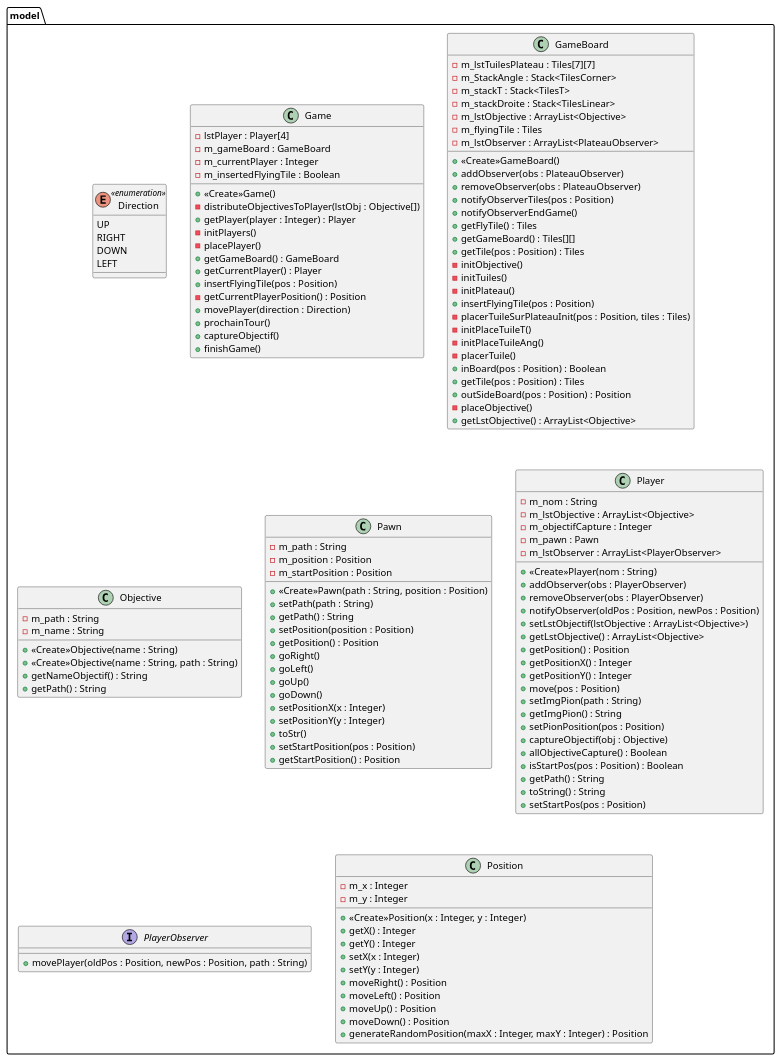
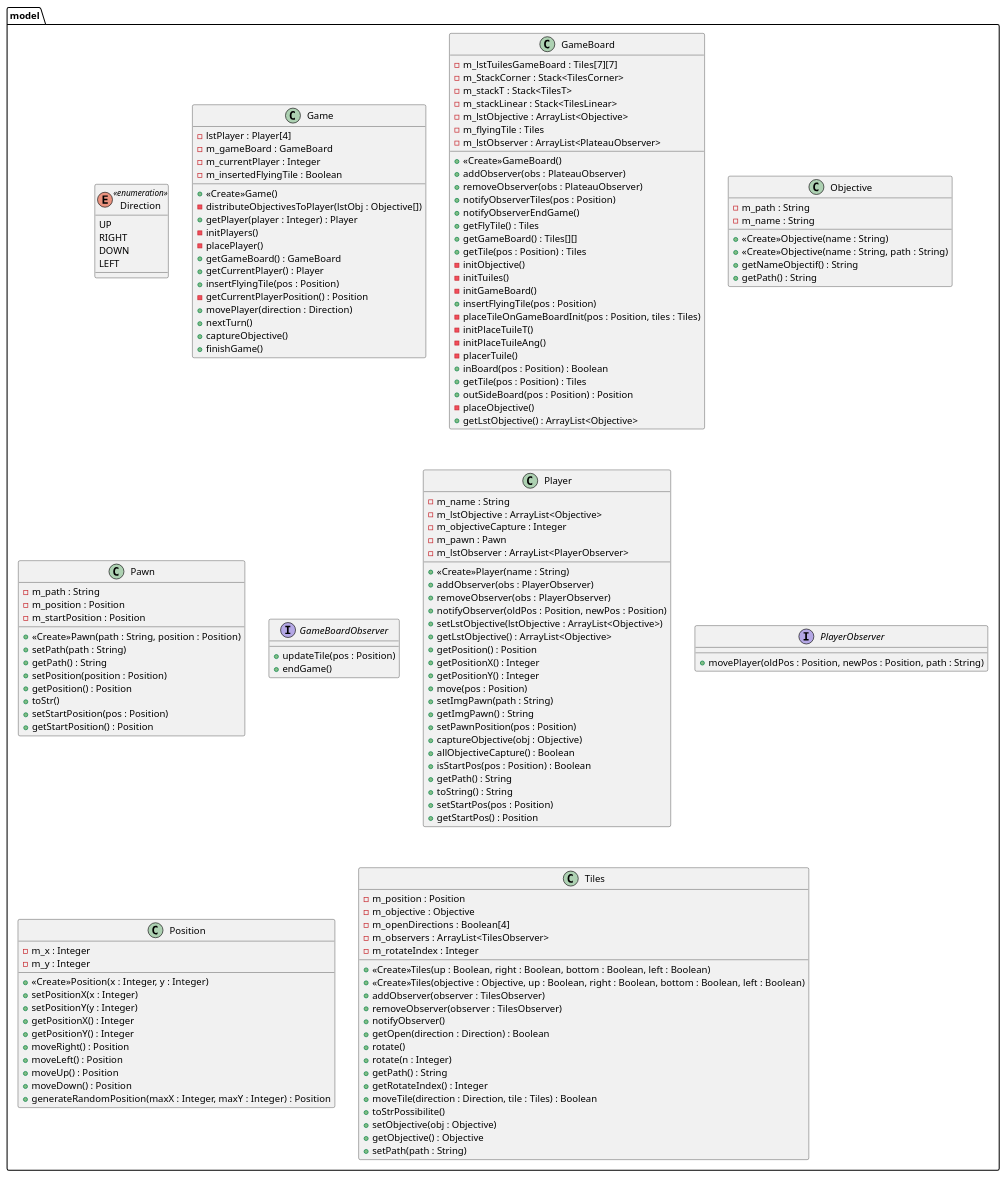
The diagram in UML/rendu2.puml (alexandreCouton/projet_Labyrinthe), drawn with PlantUML before and after one commit. The commit also changed 6 other files, not shown here.

Commit message:
renommage + uml

```diff
--- a/UML/rendu2.puml
+++ b/UML/rendu2.puml
@@ -1,150 +1,174 @@
 @startuml
 
 package model{
 
     enum Direction << enumeration >> {
         UP
         RIGHT
         DOWN
         LEFT
     }
 
     class Game{
         - lstPlayer : Player[4]
         - m_gameBoard : GameBoard
         - m_currentPlayer : Integer
         - m_insertedFlyingTile : Boolean
 
         +<<Create>>Game()
         - distributeObjectivesToPlayer(lstObj : Objective[])
         + getPlayer(player : Integer) : Player
         - initPlayers()
         - placePlayer()
         + getGameBoard() : GameBoard
         + getCurrentPlayer() : Player
         + insertFlyingTile(pos : Position)
         - getCurrentPlayerPosition() : Position
         + movePlayer(direction : Direction)
-        + prochainTour()
-        + captureObjectif()
+        + nextTurn()
+        + captureObjective()
         + finishGame()
     }
 
     class GameBoard{
-        - m_lstTuilesPlateau : Tiles[7][7]
-        - m_StackAngle : Stack<TilesCorner>
+        - m_lstTuilesGameBoard : Tiles[7][7]
+        - m_StackCorner : Stack<TilesCorner>
         - m_stackT : Stack<TilesT>
-        - m_stackDroite : Stack<TilesLinear>
+        - m_stackLinear : Stack<TilesLinear>
         - m_lstObjective : ArrayList<Objective>
         - m_flyingTile : Tiles
         - m_lstObserver : ArrayList<PlateauObserver>
 
         +<<Create>>GameBoard()
         + addObserver(obs : PlateauObserver)
         + removeObserver(obs : PlateauObserver)
         + notifyObserverTiles(pos : Position)
         + notifyObserverEndGame()
         + getFlyTile() : Tiles
         + getGameBoard() : Tiles[][]
         + getTile(pos : Position) : Tiles
         - initObjective()
         - initTuiles()
-        - initPlateau()
+        - initGameBoard()
         + insertFlyingTile(pos : Position)
-        - placerTuileSurPlateauInit(pos : Position, tiles : Tiles)
+        - placeTileOnGameBoardInit(pos : Position, tiles : Tiles)
         - initPlaceTuileT()
         - initPlaceTuileAng()
         - placerTuile()
         + inBoard(pos : Position) : Boolean
         + getTile(pos : Position) : Tiles
         + outSideBoard(pos : Position) : Position
         - placeObjective()
         + getLstObjective() : ArrayList<Objective>
     }
 
     class Objective{
         - m_path : String
         - m_name : String
 
         +<<Create>>Objective(name : String)
         +<<Create>>Objective(name : String, path : String)
         + getNameObjectif() : String
         + getPath() : String
     }
 
     class Pawn{
         - m_path : String
         - m_position : Position
         - m_startPosition : Position
 
         +<<Create>>Pawn(path : String, position : Position)
         + setPath(path : String)
         + getPath() : String
         + setPosition(position : Position)
         + getPosition() : Position
-        + goRight()
-        + goLeft()
-        + goUp()
-        + goDown()
-        + setPositionX(x : Integer)
-        + setPositionY(y : Integer)
         + toStr()
         + setStartPosition(pos : Position)
         + getStartPosition() : Position
     }
 
+    interface GameBoardObserver{
+        + updateTile(pos : Position)
+        + endGame()
+    }
+
     class Player{
-        - m_nom : String
+        - m_name : String
         - m_lstObjective : ArrayList<Objective>
-        - m_objectifCapture : Integer
+        - m_objectiveCapture : Integer
         - m_pawn : Pawn
         - m_lstObserver : ArrayList<PlayerObserver>
 
-        +<<Create>>Player(nom : String)
+        +<<Create>>Player(name : String)
         + addObserver(obs : PlayerObserver)
         + removeObserver(obs : PlayerObserver)
         + notifyObserver(oldPos : Position, newPos : Position)
-        + setLstObjectif(lstObjective : ArrayList<Objective>)
+        + setLstObjective(lstObjective : ArrayList<Objective>)
         + getLstObjective() : ArrayList<Objective>
         + getPosition() : Position
         + getPositionX() : Integer
         + getPositionY() : Integer
         + move(pos : Position)
-        + setImgPion(path : String)
-        + getImgPion() : String
-        + setPionPosition(pos : Position)
-        + captureObjectif(obj : Objective)
+        + setImgPawn(path : String)
+        + getImgPawn() : String
+        + setPawnPosition(pos : Position)
+        + captureObjective(obj : Objective)
         + allObjectiveCapture() : Boolean
         + isStartPos(pos : Position) : Boolean
         + getPath() : String
         + toString() : String
         + setStartPos(pos : Position)
+        + getStartPos() : Position
     }
 
     interface PlayerObserver{
         + movePlayer(oldPos : Position, newPos : Position, path : String)
     }
 
     class Position{
         - m_x : Integer
         - m_y : Integer
 
         +<<Create>>Position(x : Integer, y : Integer)
-        + getX() : Integer
-        + getY() : Integer
-        + setX(x : Integer)
-        + setY(y : Integer)
+        + setPositionX(x : Integer)
+        + setPositionY(y : Integer)
+        + getPositionX() : Integer
+        + getPositionY() : Integer
         + moveRight() : Position
         + moveLeft() : Position
         + moveUp() : Position
         + moveDown() : Position
         + generateRandomPosition(maxX : Integer, maxY : Integer) : Position
+    }
+
+    class Tiles{
+        - m_position : Position
+        - m_objective : Objective
+        - m_openDirections : Boolean[4]
+        - m_observers : ArrayList<TilesObserver>
+        - m_rotateIndex : Integer
+
+        +<<Create>>Tiles(up : Boolean, right : Boolean, bottom : Boolean, left : Boolean)
+        +<<Create>>Tiles(objective : Objective, up : Boolean, right : Boolean, bottom : Boolean, left : Boolean)
+        + addObserver(observer : TilesObserver)
+        + removeObserver(observer : TilesObserver)
+        + notifyObserver()
+        + getOpen(direction : Direction) : Boolean
+        + rotate()
+        + rotate(n : Integer)
+        + getPath() : String
+        + getRotateIndex() : Integer
+        + moveTile(direction : Direction, tile : Tiles) : Boolean
+        + toStrPossibilite()
+        + setObjective(obj : Objective)
+        + getObjective() : Objective
+        + setPath(path : String)
     }
 
     
     
 
 
 }
 
 @enduml
```
